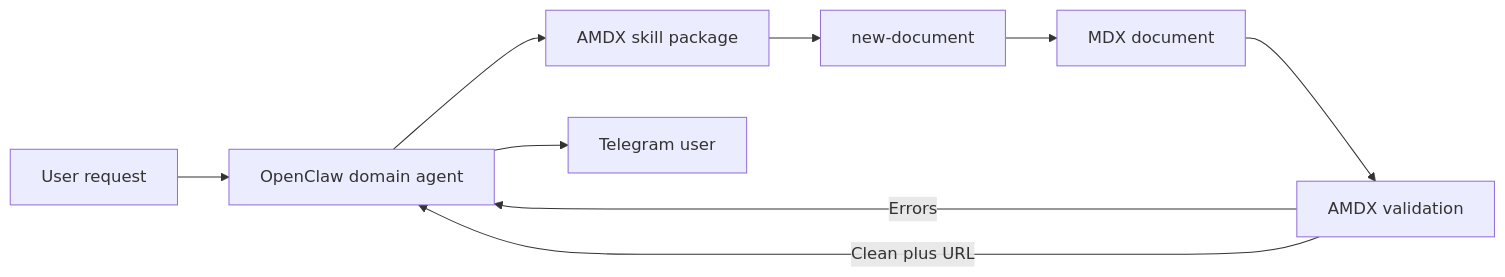
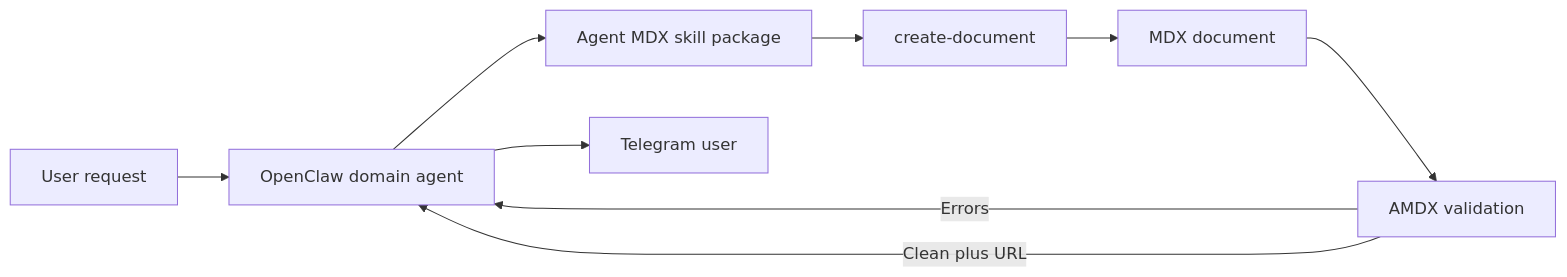
Before and after one commit to NickChristensen/amdx: the diagram in OPERATIONALIZATION-DIRECT-OPENCLAW-AUTHORING.md, drawn with Mermaid. The commit also changed other lines of this file and 10 other files, not shown here.

Commit message:
feat: add Agent MDX authoring workflow

````diff
--- a/OPERATIONALIZATION-DIRECT-OPENCLAW-AUTHORING.md
+++ b/OPERATIONALIZATION-DIRECT-OPENCLAW-AUTHORING.md
@@ -37,11 +37,11 @@
 ```mermaid
 flowchart LR
     U[User request] --> O[OpenClaw domain agent]
-    O --> S[AMDX skill package]
-    S --> N[new-document]
+    O --> S[Agent MDX skill package]
+    S --> N[create-document]
     N --> D[MDX document]
     D --> V[AMDX validation]
     V -->|Errors| O
     V -->|Clean plus URL| O
     O --> T[Telegram user]
 ```
````
